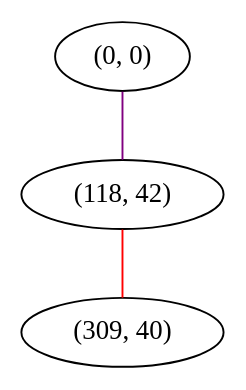
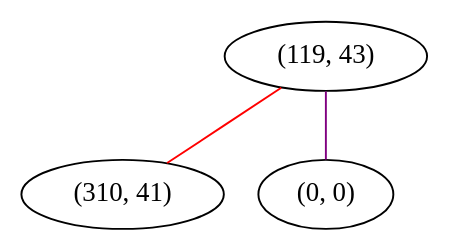
Before and after one commit to FelixMcFelix/sip-for-cv-paper: the diagram in graphviz/open-sans/I-up.gv, drawn with Graphviz. The commit also changed 555006 other files, not shown here.

```diff
--- a/graphviz/open-sans/I-up.gv
+++ b/graphviz/open-sans/I-up.gv
@@ -1,7 +1,7 @@
 graph "" {
+"(119, 43)";
+"(310, 41)";
 "(0, 0)";
-"(118, 42)";
-"(309, 40)";
-"(0, 0)" -- "(118, 42)"  [color=purple, key=0, weight=4];
-"(118, 42)" -- "(309, 40)"  [color=red, key=0, weight=1];
+"(119, 43)" -- "(310, 41)"  [color=red, key=0, weight=1];
+"(119, 43)" -- "(0, 0)"  [color=purple, key=0, weight=4];
 }
```
